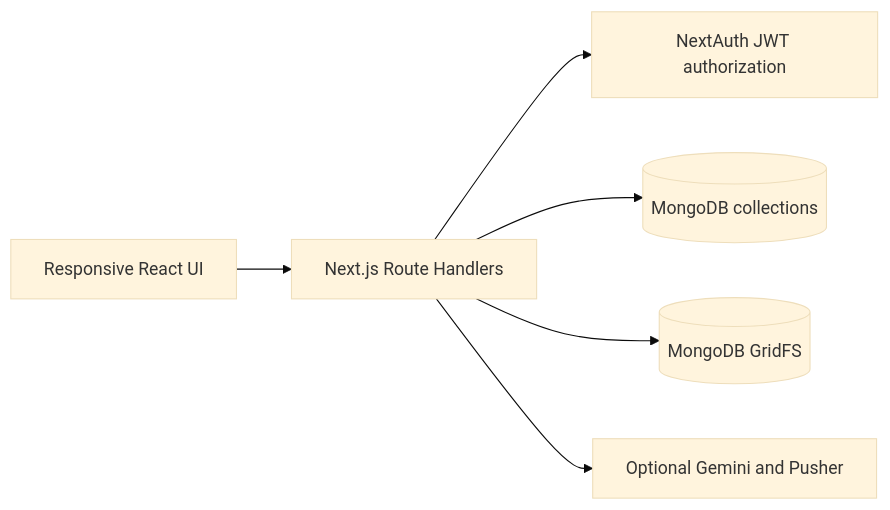
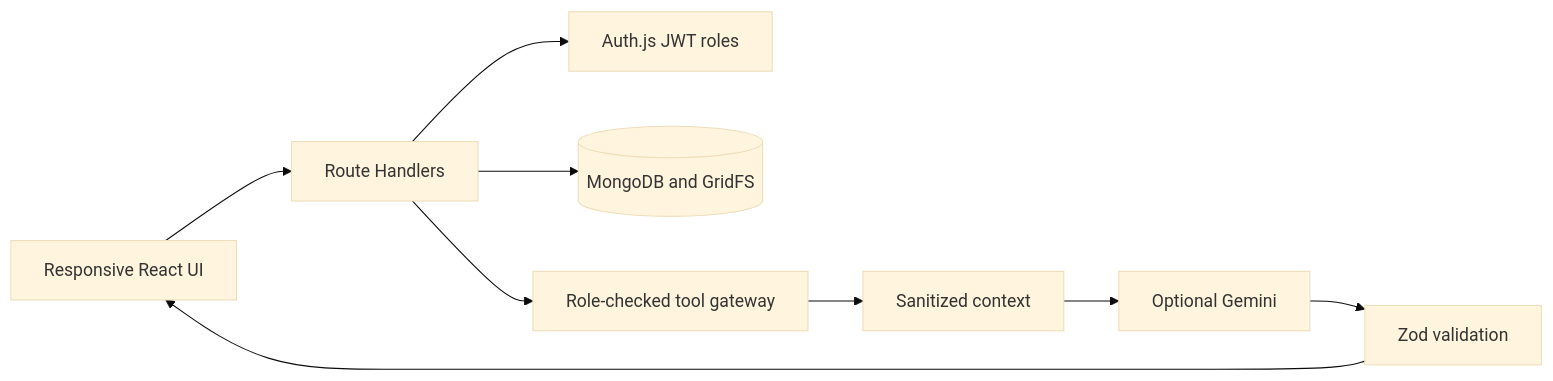
One commit to orchita-roy/anti-kuddus-protocol changed the first of 4 diagrams in docs/ARCHITECTURE.md. Above: the diagram before and after it, drawn with Mermaid (base theme). The commit also changed other lines of this file and 98 other files, not shown here.

````diff
--- a/docs/ARCHITECTURE.md
+++ b/docs/ARCHITECTURE.md
@@ -5,8 +5,11 @@
 ```mermaid
 flowchart LR
-  UI[Responsive React UI] --> API[Next.js Route Handlers]
-  API --> AUTH[NextAuth JWT authorization]
-  API --> DB[(MongoDB collections)]
-  API --> FS[(MongoDB GridFS)]
-  API --> EXT[Optional Gemini and Pusher]
+  UI[Responsive React UI] --> API[Route Handlers]
+  API --> AUTH[Auth.js JWT roles]
+  API --> DB[(MongoDB and GridFS)]
+  API --> TOOLS[Role-checked tool gateway]
+  TOOLS --> SAFE[Sanitized context]
+  SAFE --> GEMINI[Optional Gemini]
+  GEMINI --> ZOD[Zod validation]
+  ZOD --> UI
 ```
````
